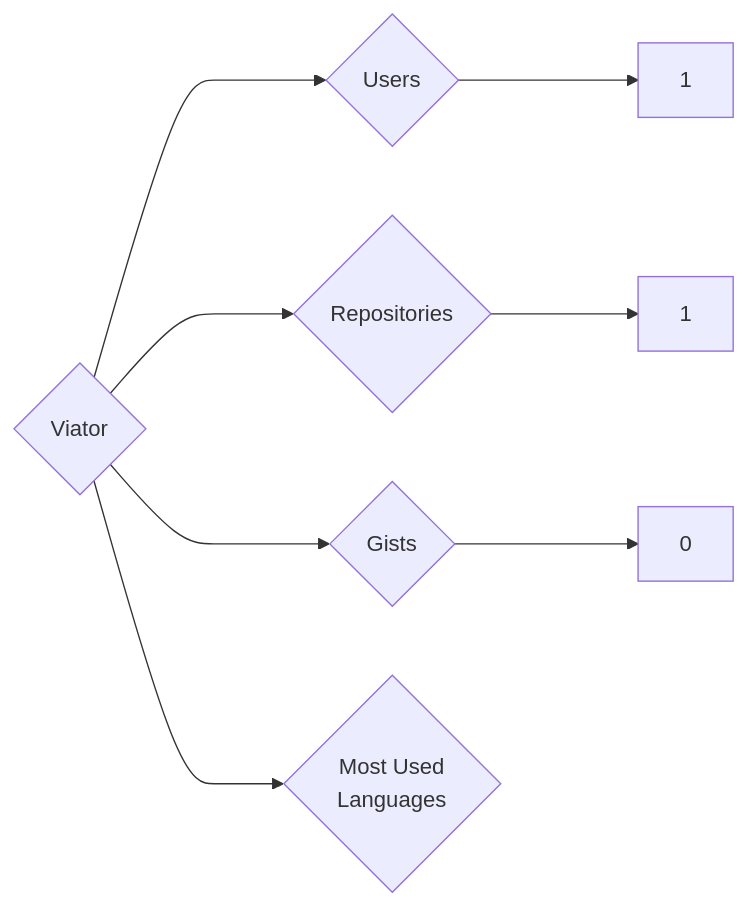
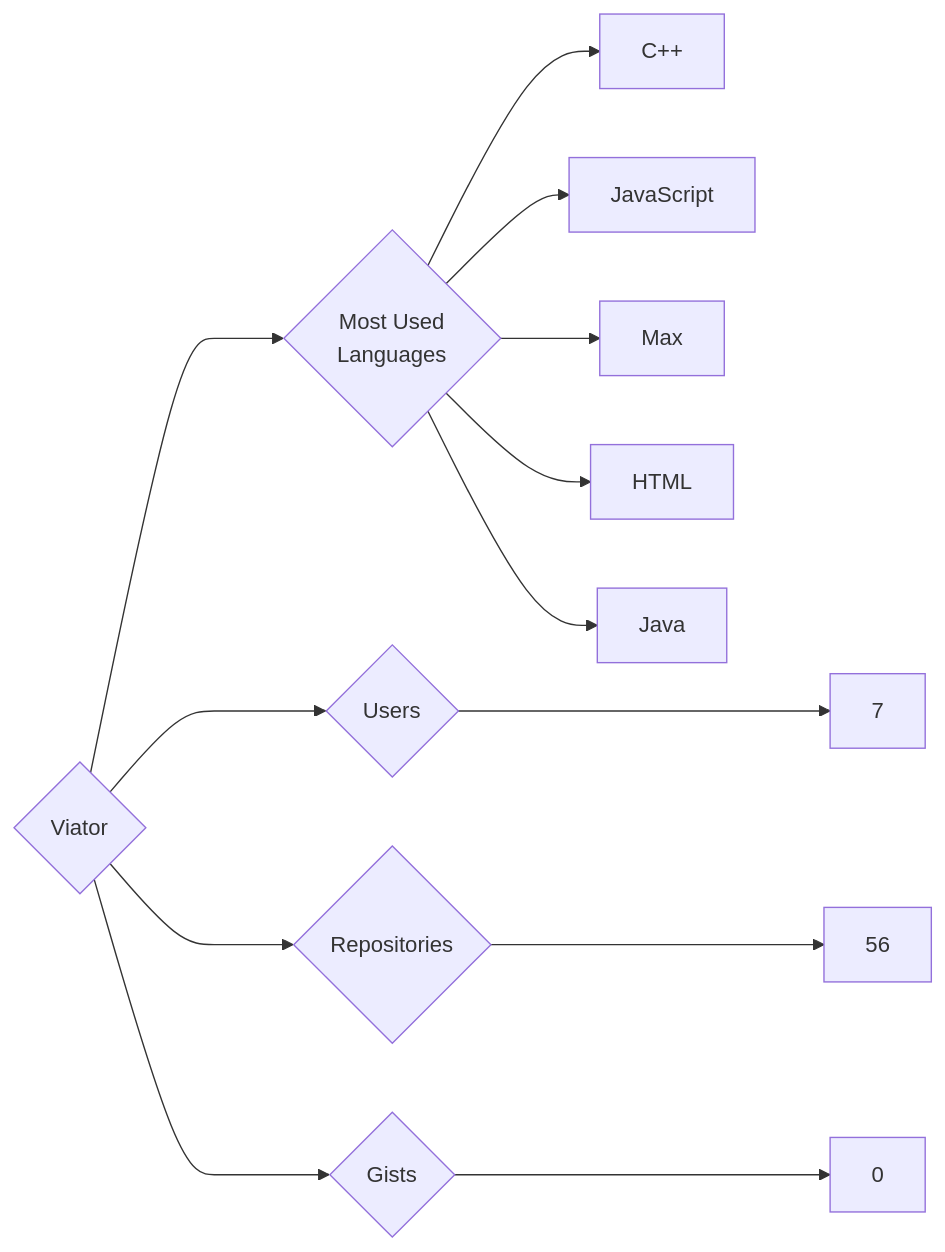
The diagram in targets/Viator/README.md (trickest/insiders), drawn with Mermaid before and after one commit. The commit also changed 964 other files, not shown here.

````diff
--- a/targets/Viator/README.md
+++ b/targets/Viator/README.md
@@ -3,8 +3,13 @@
 ```mermaid
 graph LR
 COMPANY_NAME{Viator}
-COMPANY_NAME ---> U{Users} ---> UN[1]
-COMPANY_NAME ---> R{Repositories} ---> RN[1]
+COMPANY_NAME ---> U{Users} ---> UN[7]
+COMPANY_NAME ---> R{Repositories} ---> RN[56]
 COMPANY_NAME ---> G{Gists} ---> GN[0]
 COMPANY_NAME ---> ML{Most Used<br>Languages}
+ML --> C++[C++]
+ML --> JavaScript[JavaScript]
+ML --> Max[Max]
+ML --> HTML[HTML]
+ML --> Java[Java]
 ```
````
